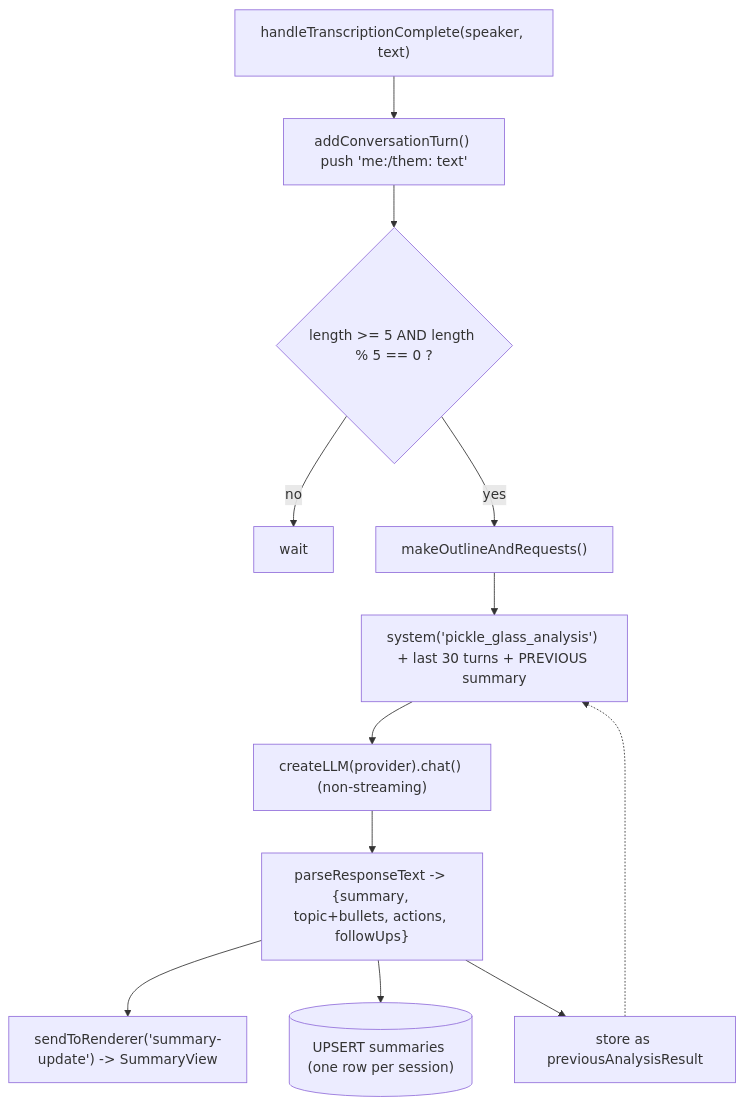
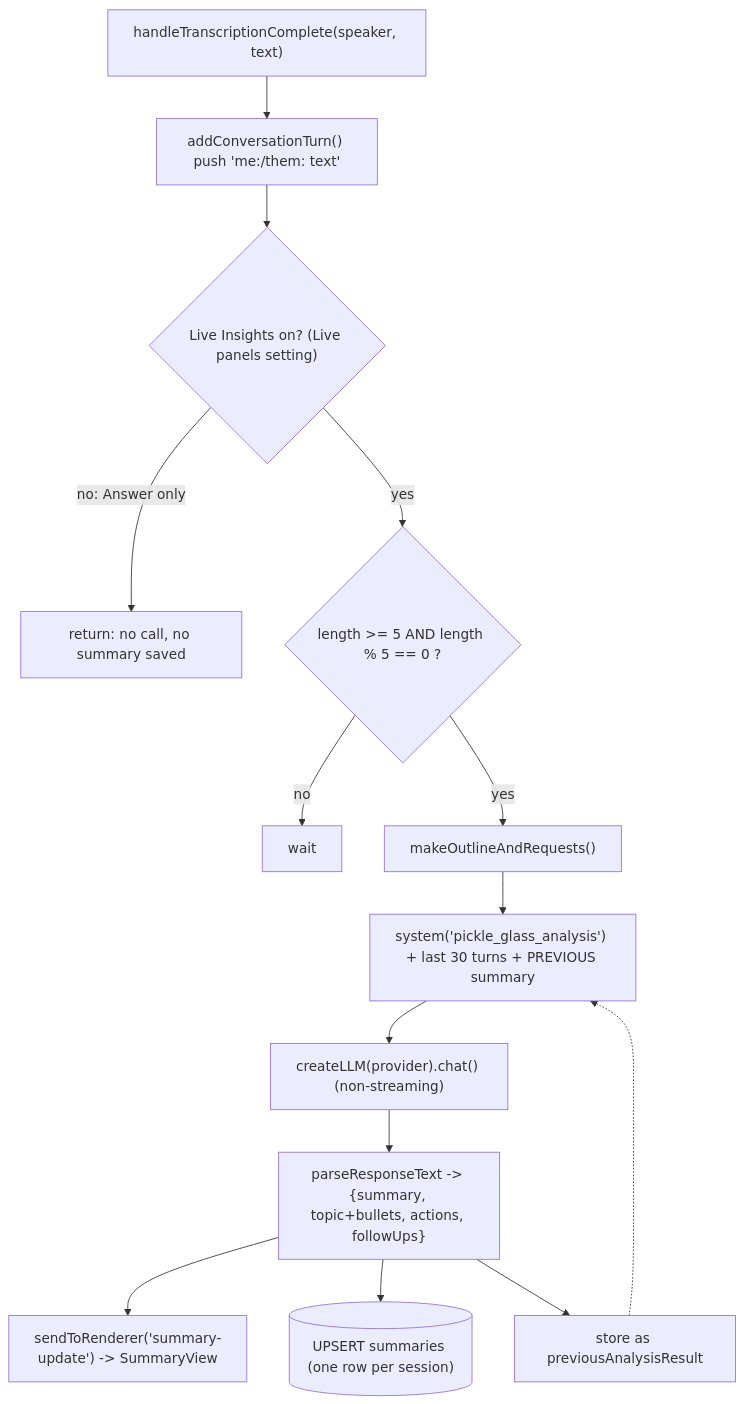
One commit to tas88-sys/glass changed the ninth of 16 diagrams in ARCHITECTURE.md. Above: the diagram before and after it, drawn with Mermaid. The commit also changed other lines of this file and 10 other files, not shown here.

First line of the commit message:
document the live panels setting

````diff
--- a/ARCHITECTURE.md
+++ b/ARCHITECTURE.md
@@ -513,13 +513,15 @@
 ```mermaid
 flowchart TB
     turn["handleTranscriptionComplete(speaker, text)"] --> add["addConversationTurn() push 'me:/them: text'"]
-    add --> gate{"length >= 5 AND length % 5 == 0 ?"}
+    add --> on{"Live Insights on? (Live panels setting)"}
+    on -->|no: Answer only| off["return: no call, no summary saved"]
+    on -->|yes| gate{"length >= 5 AND length % 5 == 0 ?"}
     gate -->|no| wait["wait"]
     gate -->|yes| build["makeOutlineAndRequests()"]
     build --> ctx["system('pickle_glass_analysis') + last 30 turns + PREVIOUS summary"]
     ctx --> llm["createLLM(provider).chat() (non-streaming)"]
     llm --> parse["parseResponseText -> {summary, topic+bullets, actions, followUps}"]
     parse --> render["sendToRenderer('summary-update') -> SummaryView"]
     parse --> save[("UPSERT summaries (one row per session)")]
     parse --> keep["store as previousAnalysisResult"] -.-> ctx
 ```
````
